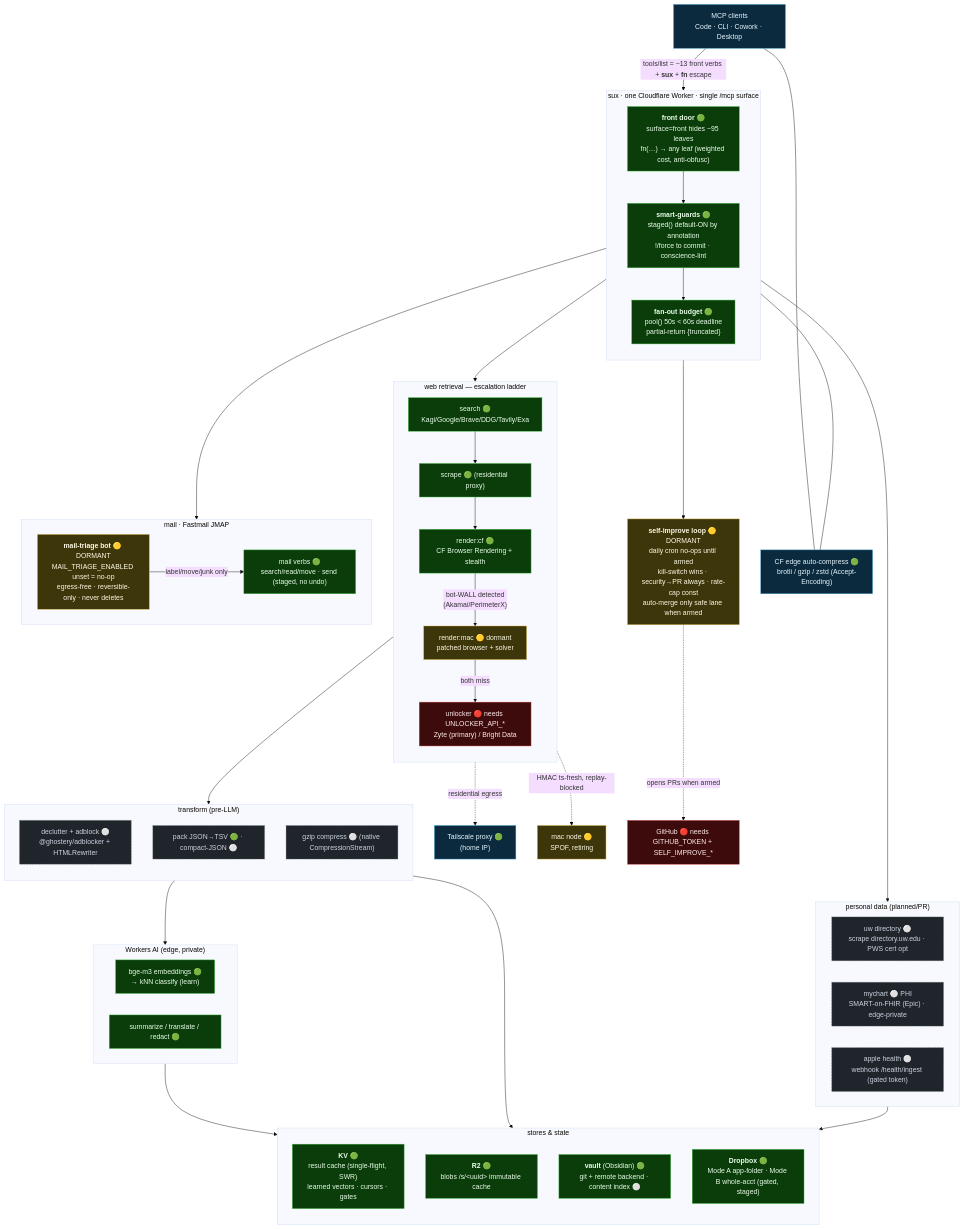
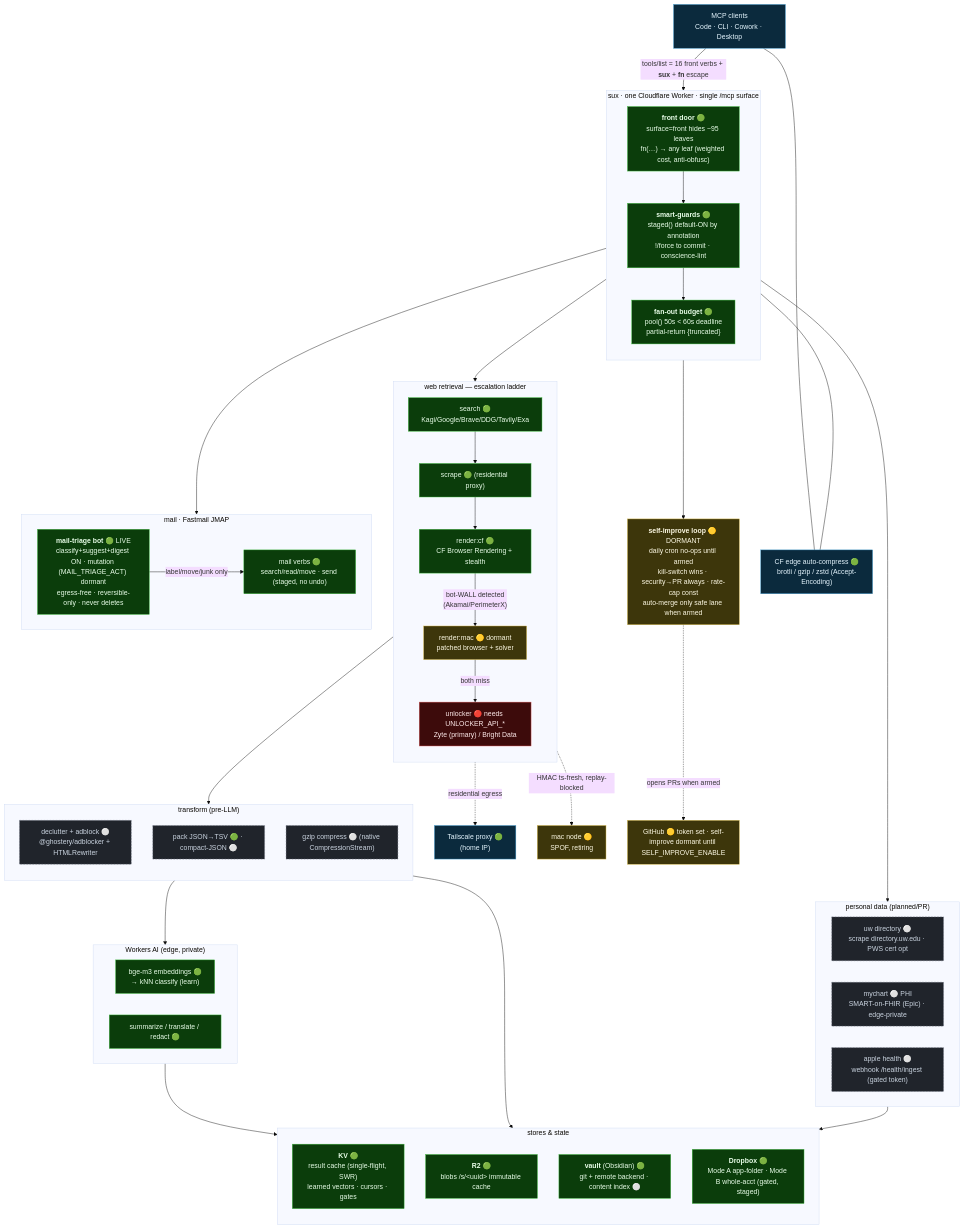
One commit to SuxOS/sux changed the diagram in docs/design/architecture.md. Above: the diagram before and after it, drawn with Mermaid (base theme).

Commit message:
docs(architecture): repaint mail-triage 🟢 live + GitHub 🟡, fix front-verb count
The status map contradicted the deploy config on three counts:

- mail-triage marked 🟡 DORMANT "MAIL_TRIAGE_ENABLED unset = no-op", but
  wrangler.jsonc sets MAIL_TRIAGE_ENABLED=1 — classify+suggest+digest is live
  (suggest-only); only the MAIL_TRIAGE_ACT mutation flag is deliberately unset.
- GitHub marked 🔴 "needs GITHUB_TOKEN": the token is set (keys.md, three live
  consumers incl. the vault git writes this same doc marks 🟢). The real gate is
  the arm-flag SELF_IMPROVE_ENABLE — a 🟡 dormant-arm state, not a missing secret.
- front-verb count "~13" → 16 (FRONT_VERBS has 18 incl. the sux + fn escapes).

```diff
--- a/docs/design/architecture.md
+++ b/docs/design/architecture.md
@@ -13,7 +13,7 @@
   classDef infra fill:#0b2a3d,stroke:#3f9fd4,color:#e6f6ff;
 
   CL["MCP clients<br/>Code · CLI · Cowork · Desktop"]:::infra
-  CL -->|"tools/list = ~13 front verbs + <b>sux</b> + <b>fn</b> escape"| FD
+  CL -->|"tools/list = 16 front verbs + <b>sux</b> + <b>fn</b> escape"| FD
 
   subgraph W["sux · one Cloudflare Worker · single /mcp surface"]
     direction TB
@@ -67,7 +67,7 @@
   %% ---------- MAIL ----------
   subgraph M["mail · Fastmail JMAP"]
     MV["mail verbs 🟢<br/>search/read/move · send (staged, no undo)"]:::live
-    MT["<b>mail-triage bot</b> 🟡 DORMANT<br/>MAIL_TRIAGE_ENABLED unset = no-op<br/>egress-free · reversible-only · never deletes"]:::dormant
+    MT["<b>mail-triage bot</b> 🟢 LIVE<br/>classify+suggest+digest ON · mutation (MAIL_TRIAGE_ACT) dormant<br/>egress-free · reversible-only · never deletes"]:::live
   end
   TB2 --> M
   MT -->|label/move/junk only| MV
@@ -75,7 +75,7 @@
   %% ---------- SELF-IMPROVE ----------
   SI["<b>self-improve loop</b> 🟡 DORMANT<br/>daily cron no-ops until armed<br/>kill-switch wins · security→PR always · rate-cap const<br/>auto-merge only safe lane when armed"]:::dormant
   W --> SI
-  SI -.->|opens PRs when armed| GH["GitHub 🔴 needs GITHUB_TOKEN + SELF_IMPROVE_*"]:::blocked
+  SI -.->|opens PRs when armed| GH["GitHub 🟡 token set · self-improve dormant until SELF_IMPROVE_ENABLE"]:::dormant
 
   %% ---------- HEALTH (planned) ----------
   subgraph H["personal data (planned/PR)"]
```
